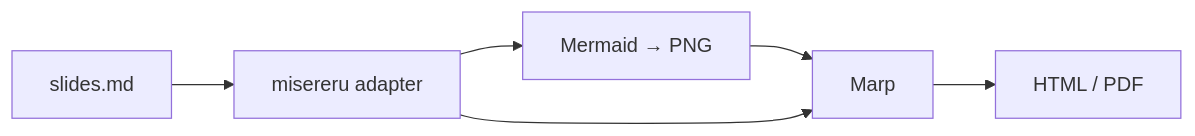
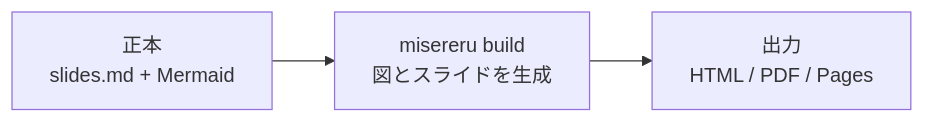
One commit to myokoym/misereru changed the diagram in site/slides/about/slides.md. Above: the diagram before and after it, drawn with Mermaid. The commit also changed other lines of this file, not shown here.

Commit message:
docs: redesign public Mermaid diagram

````diff
--- a/site/slides/about/slides.md
+++ b/site/slides/about/slides.md
@@ -79,8 +79,4 @@
 ```mermaid
 flowchart LR
-  A[slides.md] --> B[misereru adapter]
-  B --> C[Mermaid → PNG]
-  C --> D[Marp]
-  B --> D
-  D --> E[HTML / PDF]
+  A["正本<br/>slides.md + Mermaid"] --> B["misereru build<br/>図とスライドを生成"] --> C["出力<br/>HTML / PDF / Pages"]
 ```
````
